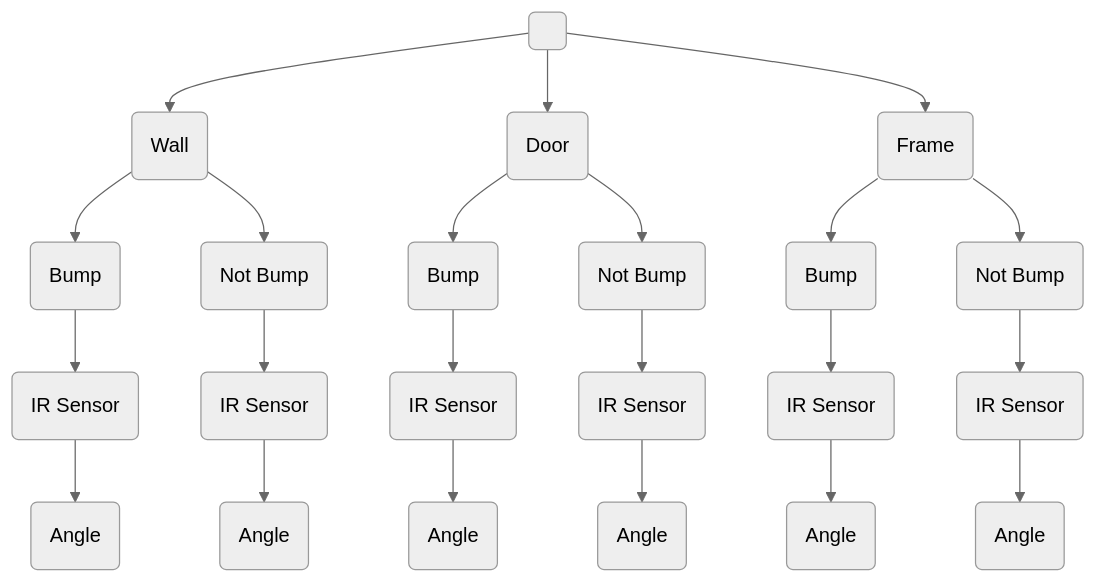
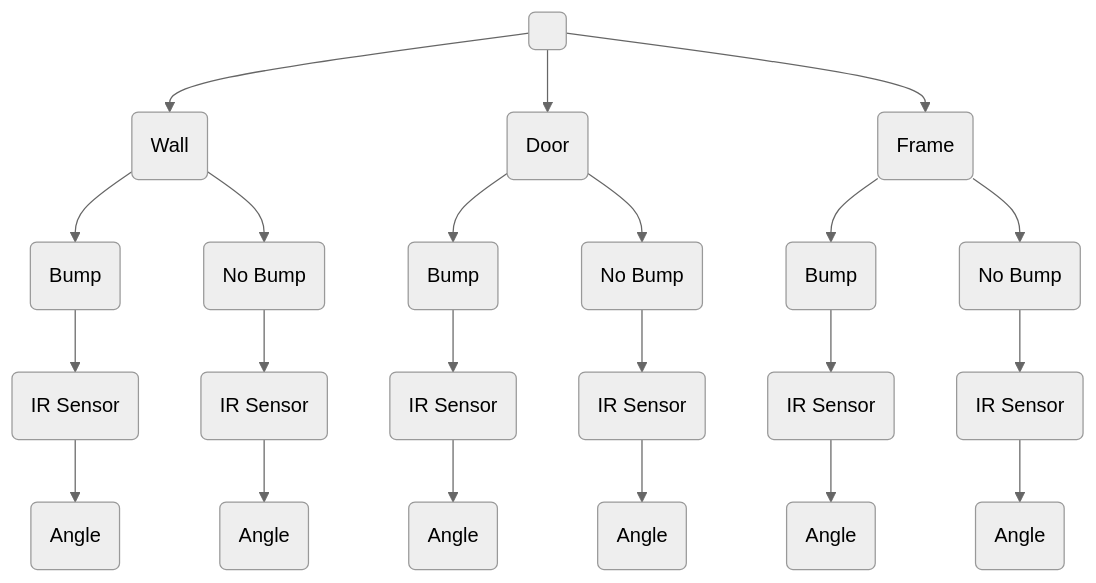
One commit to vamshireddy7008/CSE5694-IROBOT changed the third of 3 diagrams in README.md. Above: the diagram before and after it, drawn with Mermaid (neutral theme). The commit also changed other lines of this file, not shown here.

Commit message:
fix readme syntax
fix readme syntax

````diff
--- a/README.md
+++ b/README.md
@@ -181,52 +181,52 @@
 ```mermaid
 graph TD;
     head( )
     d(Door)
     w(Wall)
     f(Frame)
 
     bw(Bump)
     sbw(IR Sensor)
     abw(Angle)
-    nbw(Not Bump)
+    nbw(No Bump)
     sw(IR Sensor)
     aw(Angle)
     
     bd(Bump)
     sbd(IR Sensor)
     abd(Angle)
-    nbd(Not Bump)
+    nbd(No Bump)
     sd(IR Sensor)
     ad(Angle)
 
     bf(Bump)
     sbf(IR Sensor)
     abf(Angle)
-    nbf(Not Bump)
+    nbf(No Bump)
     sf(IR Sensor)
     af(Angle)
 
     head-->w;
     w-->bw;
     w-->nbw;
     nbw-->sw;
     sw-->aw;
     bw-->sbw;
     sbw-->abw;
 
     head-->d;
     d-->bd;
     d-->nbd;
     nbd-->sd;
     sd-->ad;
     bd-->sbd;
     sbd-->abd;
 
     head-->f;
     f-->bf;
     f-->nbf;
     nbf-->sf;
     sf-->af;
     bf-->sbf;
     sbf-->abf;
 ```
````
